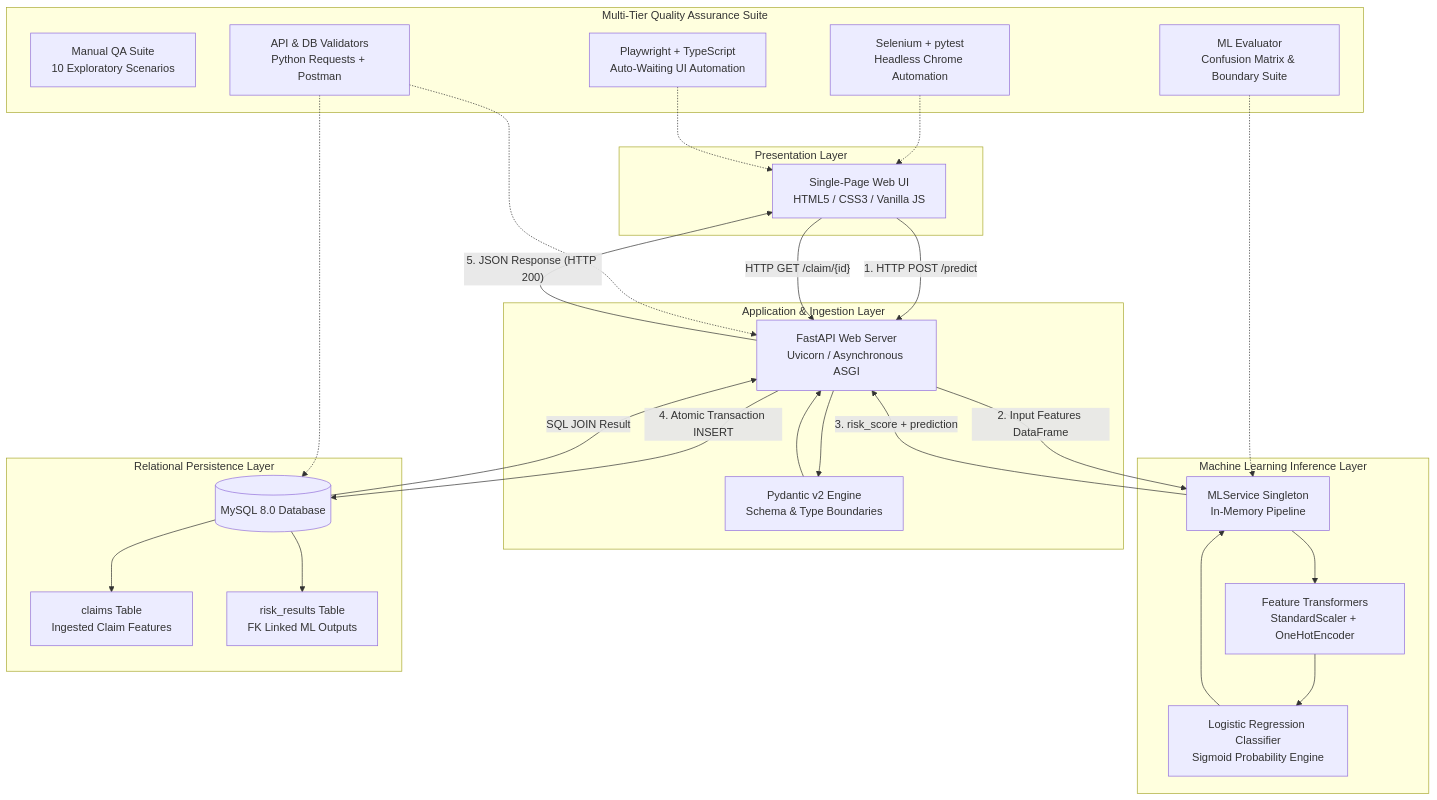
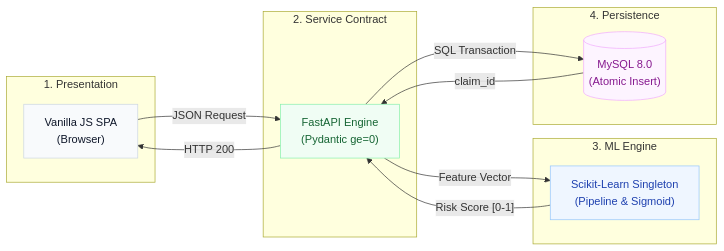
One commit to SRIVIGHNATEJA/RiskGuard changed the diagram in README.md. Above: the diagram before and after it, drawn with Mermaid. The commit also changed other lines of this file and 5 other files, not shown here.

````diff
--- a/README.md
+++ b/README.md
@@ -118,52 +29,31 @@
 ```mermaid
-flowchart TD
-    subgraph ClientLayer [Presentation Layer]
-        UI[Single-Page Web UI<br/>HTML5 / CSS3 / Vanilla JS]
+flowchart LR
+    %% Colors and Styles
+    classDef client fill:#f8fafc,stroke:#cbd5e1,stroke-width:1px,color:#0f172a;
+    classDef api fill:#f0fdf4,stroke:#86efac,stroke-width:1px,color:#166534;
+    classDef ml fill:#eff6ff,stroke:#93c5fd,stroke-width:1px,color:#1e40af;
+    classDef db fill:#fdf4ff,stroke:#f0abfc,stroke-width:1px,color:#86198f;
+
+    subgraph Client [1. Presentation]
+        UI["Vanilla JS SPA<br/>(Browser)"]:::client
     end
 
-    subgraph APILayer [Application & Ingestion Layer]
-        API[FastAPI Web Server<br/>Uvicorn / Asynchronous ASGI]
-        VAL[Pydantic v2 Engine<br/>Schema & Type Boundaries]
+    subgraph Service [2. Service Contract]
+        API["FastAPI Engine<br/>(Pydantic ge=0)"]:::api
     end
 
-    subgraph MLLayer [Machine Learning Inference Layer]
-        ML[MLService Singleton<br/>In-Memory Pipeline]
-        TRANS[Feature Transformers<br/>StandardScaler + OneHotEncoder]
-        CLF[Logistic Regression Classifier<br/>Sigmoid Probability Engine]
+    subgraph Inference [3. ML Engine]
+        ML["Scikit-Learn Singleton<br/>(Pipeline & Sigmoid)"]:::ml
     end
 
-    subgraph DataLayer [Relational Persistence Layer]
-        DB[(MySQL 8.0 Database)]
-        TBL1[claims Table<br/>Ingested Claim Features]
-        TBL2[risk_results Table<br/>FK Linked ML Outputs]
+    subgraph Data [4. Persistence]
+        SQL[("MySQL 8.0<br/>(Atomic Insert)")]:::db
     end
 
-    subgraph TestHarness [Multi-Tier Quality Assurance Suite]
-        MAN[Manual QA Suite<br/>10 Exploratory Scenarios]
-        SE[Selenium + pytest<br/>Headless Chrome Automation]
-        PW[Playwright + TypeScript<br/>Auto-Waiting UI Automation]
-        POST[API & DB Validators<br/>Python Requests + Postman]
-        MLEVAL[ML Evaluator<br/>Confusion Matrix & Boundary Suite]
-    end
-
-    %% Flow connections
-    UI -- "1. HTTP POST /predict" --> API
-    UI -- "HTTP GET /claim/{id}" --> API
-    API --> VAL
-    VAL --> API
-    API -- "2. Input Features DataFrame" --> ML
-    ML --> TRANS --> CLF --> ML
-    ML -- "3. risk_score + prediction" --> API
-    API -- "4. Atomic Transaction INSERT" --> DB
-    DB --> TBL1
-    DB --> TBL2
-    DB -- "SQL JOIN Result" --> API
-    API -- "5. JSON Response (HTTP 200)" --> UI
-
-    %% Test connections
-    SE -.-> UI
-    PW -.-> UI
-    POST -.-> API
-    POST -.-> DB
-    MLEVAL -.-> ML
+    UI -- "JSON Request" --> API
+    API -- "Feature Vector" --> ML
+    ML -- "Risk Score [0-1]" --> API
+    API -- "SQL Transaction" --> SQL
+    SQL -- "claim_id" --> API
+    API -- "HTTP 200" --> UI
 ```
````
